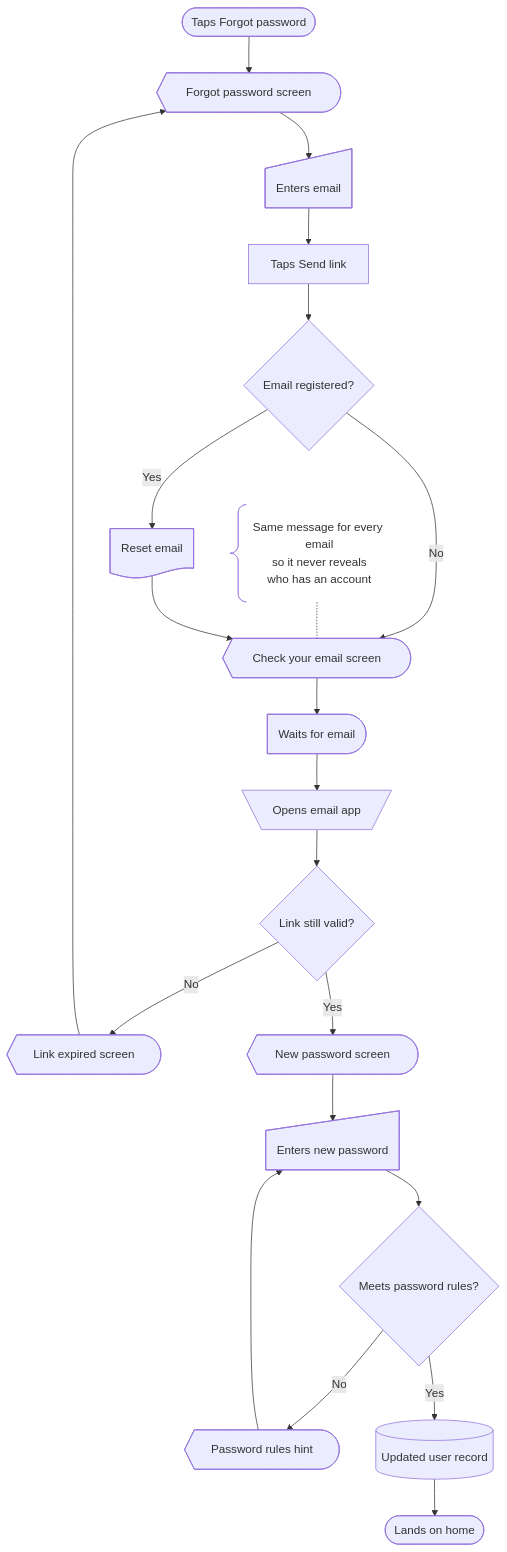
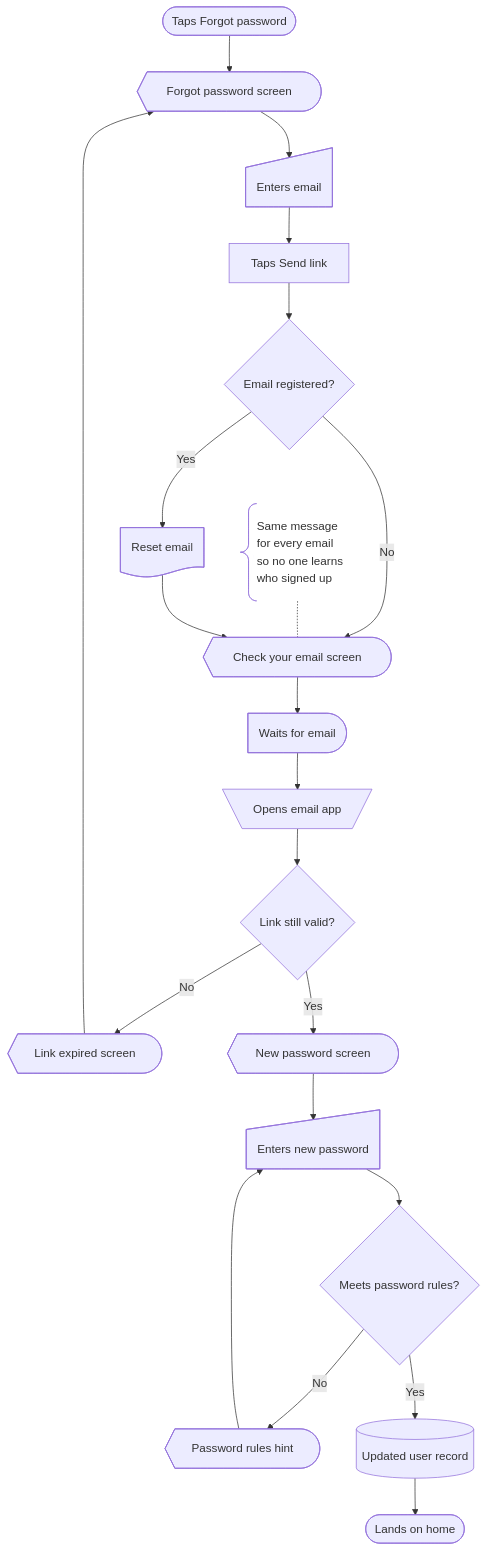
Before and after one commit to yoursharif/mermaid-userflow-diagram: the sixth of 7 diagrams in references/flows.md, drawn with Mermaid. The commit also changed other lines of this file and 5 other files, not shown here.

First line of the commit message:
Left align notes and allow a right-side brace

````diff
--- a/references/flows.md
+++ b/references/flows.md
@@ -205,42 +207,43 @@
 ```mermaid
 flowchart TD
   startForgot@{ shape: stadium, label: "Taps Forgot password" }
   scrForgot@{ shape: curv-trap, label: "Forgot password screen" }
   inEmail@{ shape: sl-rect, label: "Enters email" }
   actSend@{ shape: rect, label: "Taps Send link" }
   decKnown@{ shape: diam, label: "Email registered?" }
   docReset@{ shape: doc, label: "Reset email" }
   scrCheck@{ shape: curv-trap, label: "Check your email screen" }
-  noteSame@{ shape: brace, label: "Same message for every email<br>so it never reveals<br>who has an account" }
+  noteSame@{ shape: brace, label: "Same message<br>for every email<br>so no one learns<br>who signed up" }
   waitEmail@{ shape: delay, label: "Waits for email" }
   manOpenEmail@{ shape: trap-t, label: "Opens email app" }
   decLink@{ shape: diam, label: "Link still valid?" }
   scrExpired@{ shape: curv-trap, label: "Link expired screen" }
   scrNewPassword@{ shape: curv-trap, label: "New password screen" }
   inNewPassword@{ shape: sl-rect, label: "Enters new password" }
   decRules@{ shape: diam, label: "Meets password rules?" }
   scrRules@{ shape: curv-trap, label: "Password rules hint" }
   dbUser@{ shape: cyl, label: "Updated user record" }
   exitHome@{ shape: stadium, label: "Lands on home" }
 
   startForgot --> scrForgot
   scrForgot --> inEmail
   inEmail --> actSend
   actSend --> decKnown
   decKnown -->|Yes| docReset
   decKnown -->|No| scrCheck
   noteSame -.- scrCheck
   docReset --> scrCheck
   scrCheck --> waitEmail
   waitEmail --> manOpenEmail
   manOpenEmail --> decLink
   decLink -->|No| scrExpired
   decLink -->|Yes| scrNewPassword
   scrExpired --> scrForgot
   scrNewPassword --> inNewPassword
   inNewPassword --> decRules
   decRules -->|No| scrRules
   decRules -->|Yes| dbUser
   scrRules --> inNewPassword
   dbUser --> exitHome
+  style noteSame text-align:left
 ```
````
